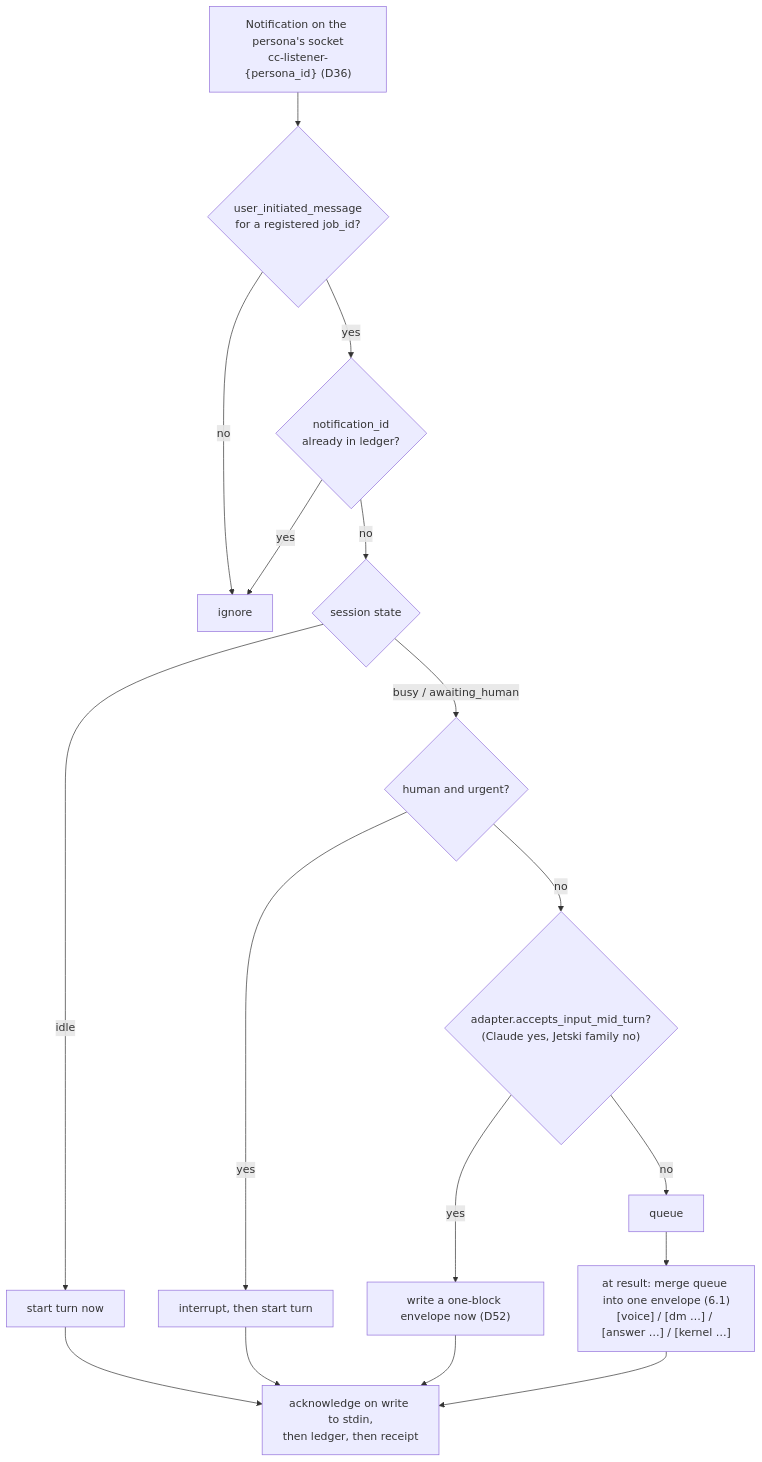
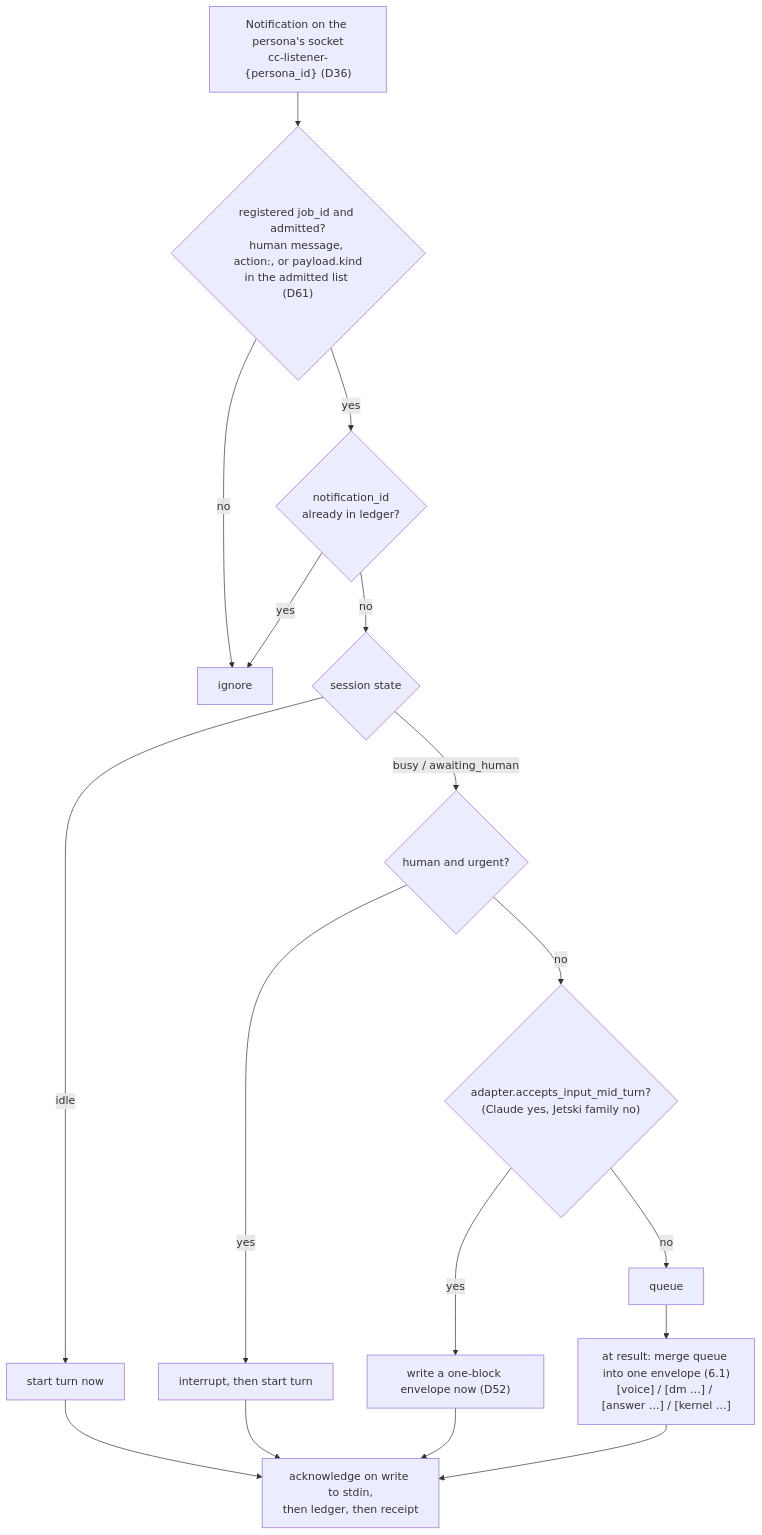
One commit to deepily/unified-headless-wrapper changed the third of 6 diagrams in src/rnd/v0.0.1/01-framework.md. Above: the diagram before and after it, drawn with Mermaid. The commit also changed other lines of this file and 10 other files, not shown here.

````diff
--- a/src/rnd/v0.0.1/01-framework.md
+++ b/src/rnd/v0.0.1/01-framework.md
@@ -413,19 +414,19 @@
 ```mermaid
 flowchart TD
-    WS["Notification on the persona's socket<br/>cc-listener-{persona_id} (D36)"] --> T{"user_initiated_message<br/>for a registered job_id?"}
+    WS["Notification on the persona's socket<br/>cc-listener-{persona_id} (D36)"] --> T{"registered job_id and admitted?<br/>human message, action:, or payload.kind<br/>in the admitted list (D61)"}
     T -- no --> DROP["ignore"]
     T -- yes --> L{"notification_id<br/>already in ledger?"}
     L -- yes --> DROP
     L -- no --> S{"session state"}
     S -- idle --> START["start turn now"]
     S -- "busy / awaiting_human" --> U{"human and urgent?"}
     U -- yes --> INT["interrupt, then start turn"]
     U -- no --> M{"adapter.accepts_input_mid_turn?<br/>(Claude yes, Jetski family no)"}
     M -- yes --> NOW["write a one-block envelope now (D52)"]
     M -- no --> Q["queue"]
     Q --> R["at result: merge queue into one envelope (6.1)<br/>[voice] / [dm …] / [answer …] / [kernel …]"]
     START --> ACK["acknowledge on write to stdin,<br/>then ledger, then receipt"]
     INT --> ACK
     NOW --> ACK
     R --> ACK
 ```
````
